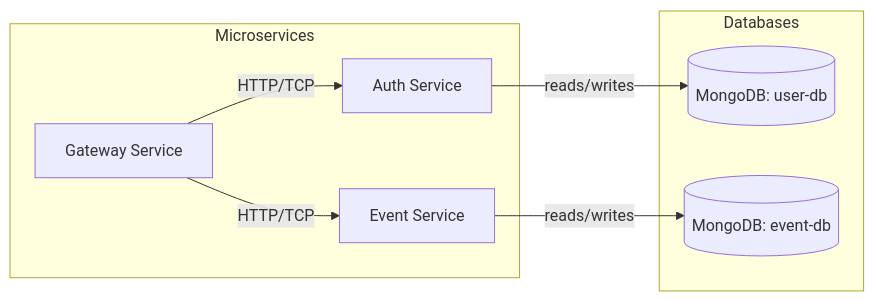
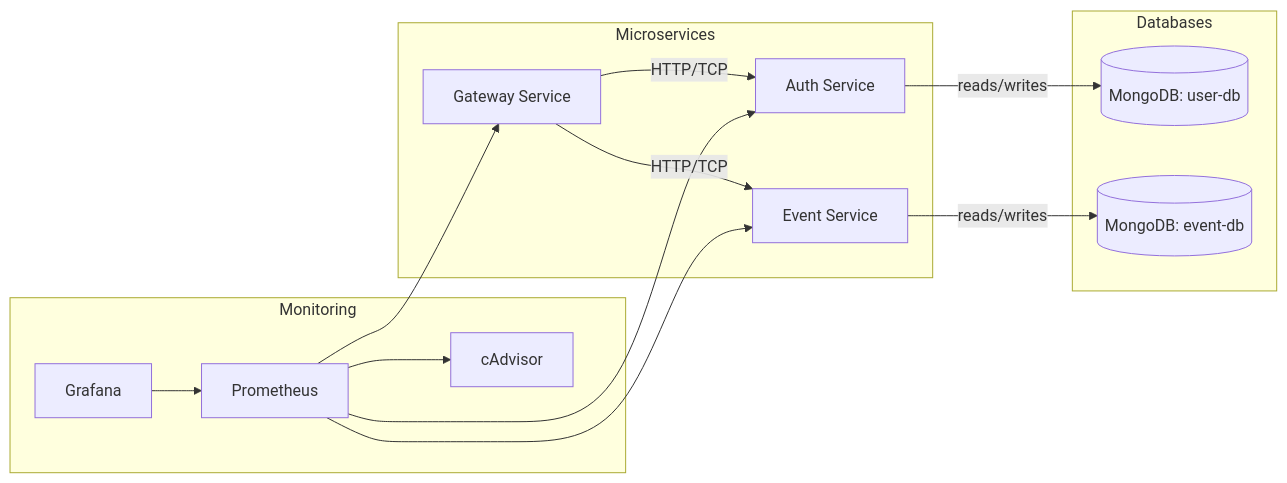
One commit to heozeop/event-server changed the diagram in docs/tech-spec.md. Above: the diagram before and after it, drawn with Mermaid. The commit also changed other lines of this file, not shown here.

Commit message:
feat(docs): enhance tech specification with monitoring architecture and Docker Compose configuration for Prometheus, Grafana, and cAdvisor; update technology stack details and add performance testing section using k6

````diff
--- a/docs/tech-spec.md
+++ b/docs/tech-spec.md
@@ -19,18 +19,30 @@
 ```mermaid
 graph LR
   subgraph "Microservices"
     GW[Gateway Service]
     AU[Auth Service]
     EV[Event Service]
   end
 
   subgraph "Databases"
     UDB[(MongoDB: user-db)]
     EDB[(MongoDB: event-db)]
   end
 
+  subgraph "Monitoring"
+    PROM[Prometheus]
+    GRAF[Grafana]
+    CAD[cAdvisor]
+  end
+
   GW -->|HTTP/TCP| AU
   GW -->|HTTP/TCP| EV
   AU -->|reads/writes| UDB
   EV -->|reads/writes| EDB
+  
+  PROM --> GW
+  PROM --> AU
+  PROM --> EV
+  PROM --> CAD
+  GRAF --> PROM
 ```
````
